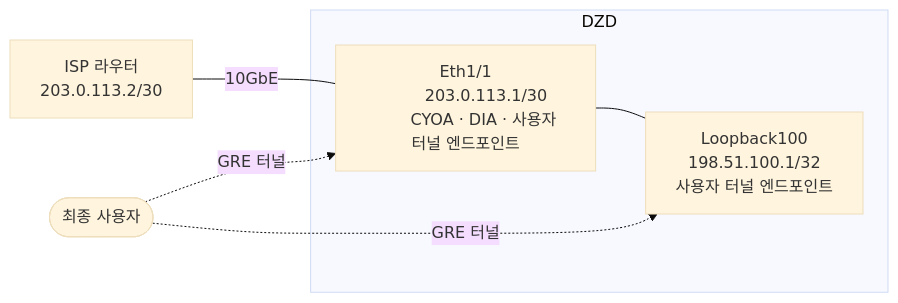
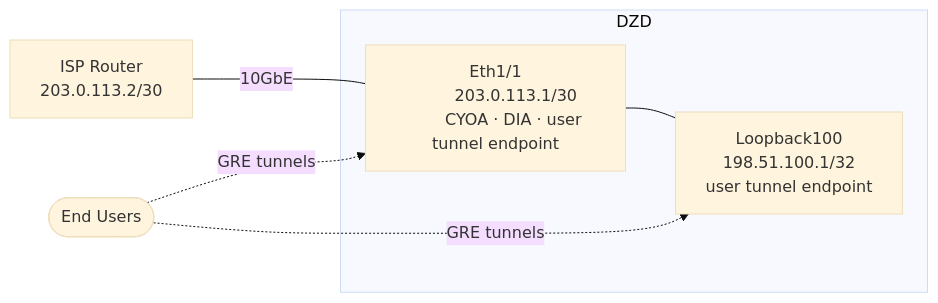
Before and after one commit to malbeclabs/docs: the eighth of 13 diagrams in docs/contribute-provisioning.ko.md, drawn with Mermaid (base theme). The commit also changed other lines of this file and 130 other files, not shown here.

````diff
--- a/docs/contribute-provisioning.ko.md
+++ b/docs/contribute-provisioning.ko.md
@@ -460,20 +460,20 @@
 ```mermaid
 flowchart LR
-    USERS(["최종 사용자"])
+    USERS(["End Users"])
 
     subgraph DZD["DZD"]
         E1["Eth1/1
         203.0.113.1/30
-        CYOA · DIA · 사용자 터널 엔드포인트"]
+        CYOA · DIA · user tunnel endpoint"]
         LO["Loopback100
-        198.51.100.1/32\n        사용자 터널 엔드포인트"]
+        198.51.100.1/32\n        user tunnel endpoint"]
         E1 --- LO
     end
 
-    ISP["ISP 라우터
+    ISP["ISP Router
     203.0.113.2/30"]
 
     ISP -- "10GbE" --- E1
-    USERS -. "GRE 터널" .-> E1
-    USERS -. "GRE 터널" .-> LO
+    USERS -. "GRE tunnels" .-> E1
+    USERS -. "GRE tunnels" .-> LO
 ```
````
